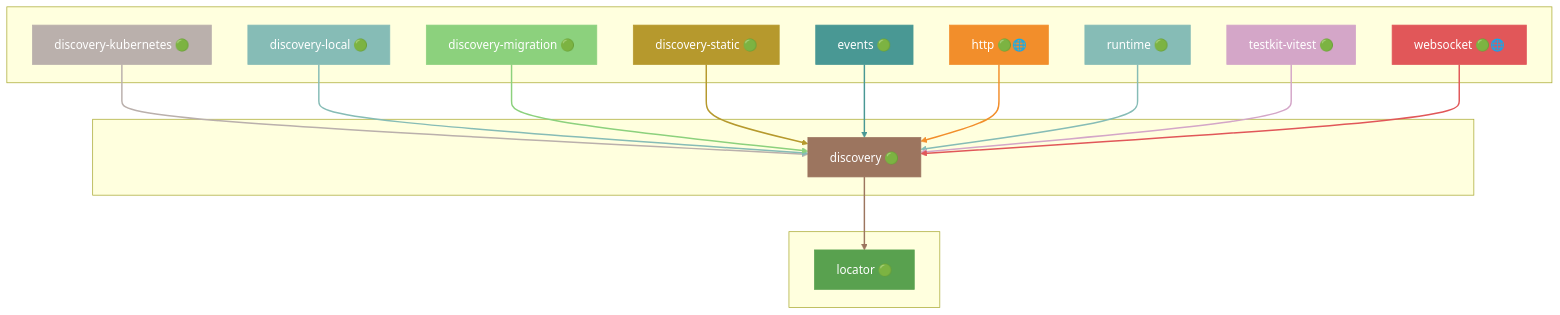
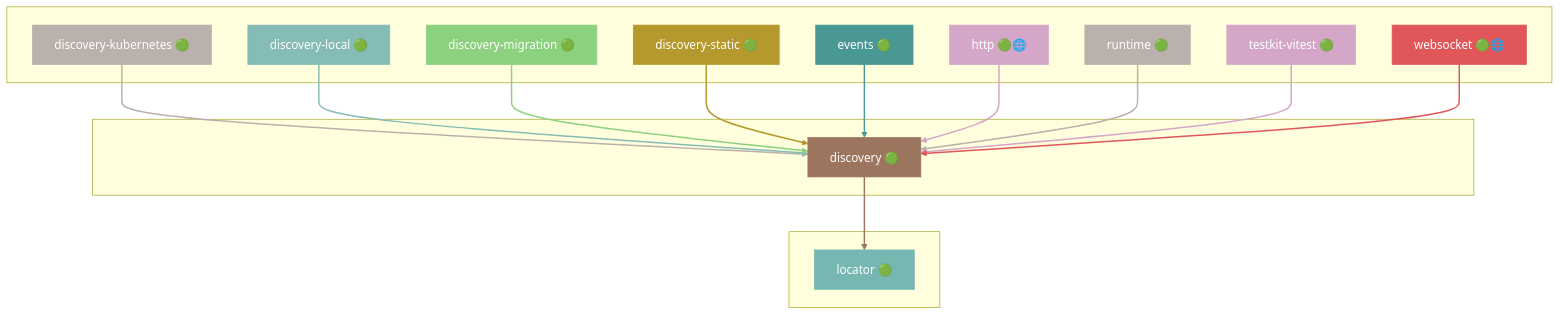
One commit to grest-ts/grest-ts changed the tenth of 40 diagrams in docs/DEPENDENCIES.md. Above: the diagram before and after it, drawn with Mermaid. The commit also changed other lines of this file and 34 other files, not shown here.

````diff
--- a/docs/DEPENDENCIES.md
+++ b/docs/DEPENDENCIES.md
@@ -637,51 +635,51 @@
 ```mermaid
 flowchart TB
     subgraph Dependents[" "]
         discovery-kubernetes["discovery-kubernetes 🟢"]
         discovery-local["discovery-local 🟢"]
         discovery-migration["discovery-migration 🟢"]
         discovery-static["discovery-static 🟢"]
         events["events 🟢"]
         http["http 🟢🌐"]
         runtime["runtime 🟢"]
         testkit-vitest["testkit-vitest 🟢"]
         websocket["websocket 🟢🌐"]
     end
     subgraph Package[" "]
         discovery["discovery 🟢"]
     end
     subgraph Dependencies[" "]
         locator["locator 🟢"]
     end
     discovery-kubernetes --> discovery
     discovery-local --> discovery
     discovery-migration --> discovery
     discovery-static --> discovery
     events --> discovery
     http --> discovery
     runtime --> discovery
     testkit-vitest --> discovery
     websocket --> discovery
     discovery --> locator
     style discovery fill:#9C755F,stroke:#9C755F,color:#fff
     style discovery-kubernetes fill:#BAB0AC,stroke:#BAB0AC,color:#fff
     style discovery-local fill:#86BCB6,stroke:#86BCB6,color:#fff
     style discovery-migration fill:#8CD17D,stroke:#8CD17D,color:#fff
     style discovery-static fill:#B6992D,stroke:#B6992D,color:#fff
     style events fill:#499894,stroke:#499894,color:#fff
-    style http fill:#F28E2B,stroke:#F28E2B,color:#fff
-    style runtime fill:#86BCB6,stroke:#86BCB6,color:#fff
+    style http fill:#D4A6C8,stroke:#D4A6C8,color:#fff
+    style runtime fill:#BAB0AC,stroke:#BAB0AC,color:#fff
     style testkit-vitest fill:#D4A6C8,stroke:#D4A6C8,color:#fff
     style websocket fill:#E15759,stroke:#E15759,color:#fff
-    style locator fill:#59A14F,stroke:#59A14F,color:#fff
+    style locator fill:#76B7B2,stroke:#76B7B2,color:#fff
     linkStyle 0 stroke:#BAB0AC,stroke-width:2px
     linkStyle 1 stroke:#86BCB6,stroke-width:2px
     linkStyle 2 stroke:#8CD17D,stroke-width:2px
     linkStyle 3 stroke:#B6992D,stroke-width:2px
     linkStyle 4 stroke:#499894,stroke-width:2px
-    linkStyle 5 stroke:#F28E2B,stroke-width:2px
-    linkStyle 6 stroke:#86BCB6,stroke-width:2px
+    linkStyle 5 stroke:#D4A6C8,stroke-width:2px
+    linkStyle 6 stroke:#BAB0AC,stroke-width:2px
     linkStyle 7 stroke:#D4A6C8,stroke-width:2px
     linkStyle 8 stroke:#E15759,stroke-width:2px
     linkStyle 9 stroke:#9C755F,stroke-width:2px
 ```
````
